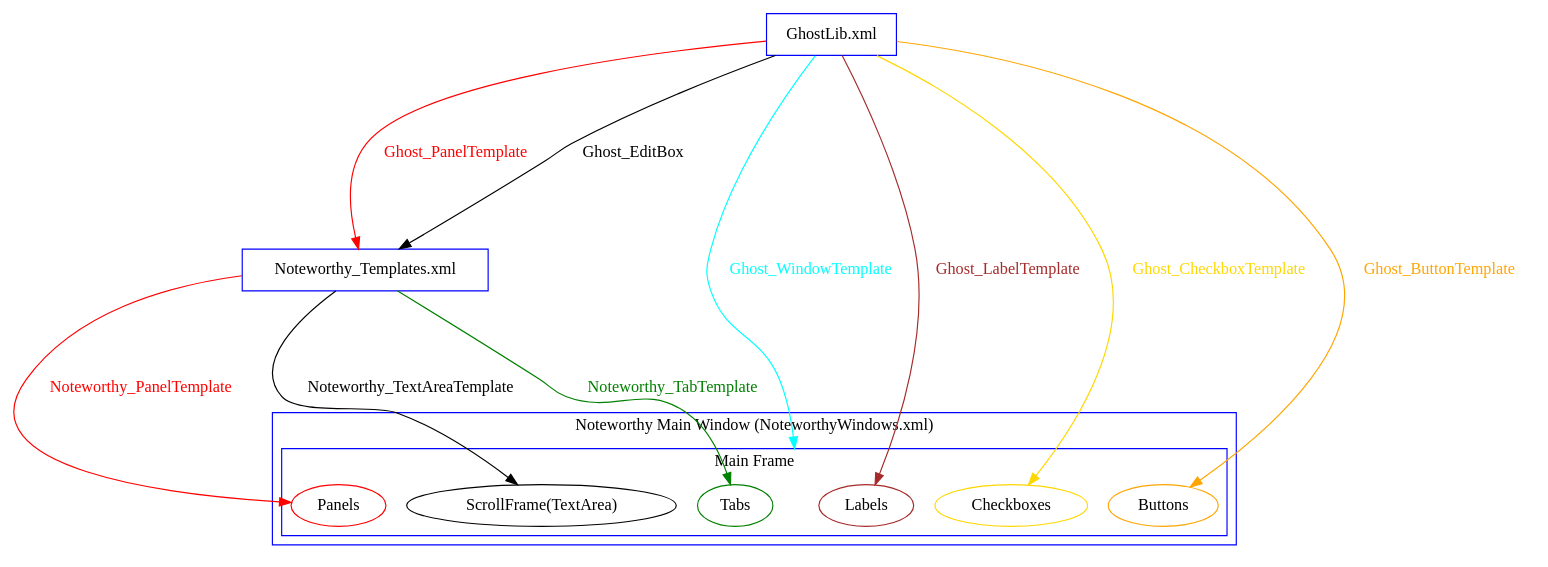
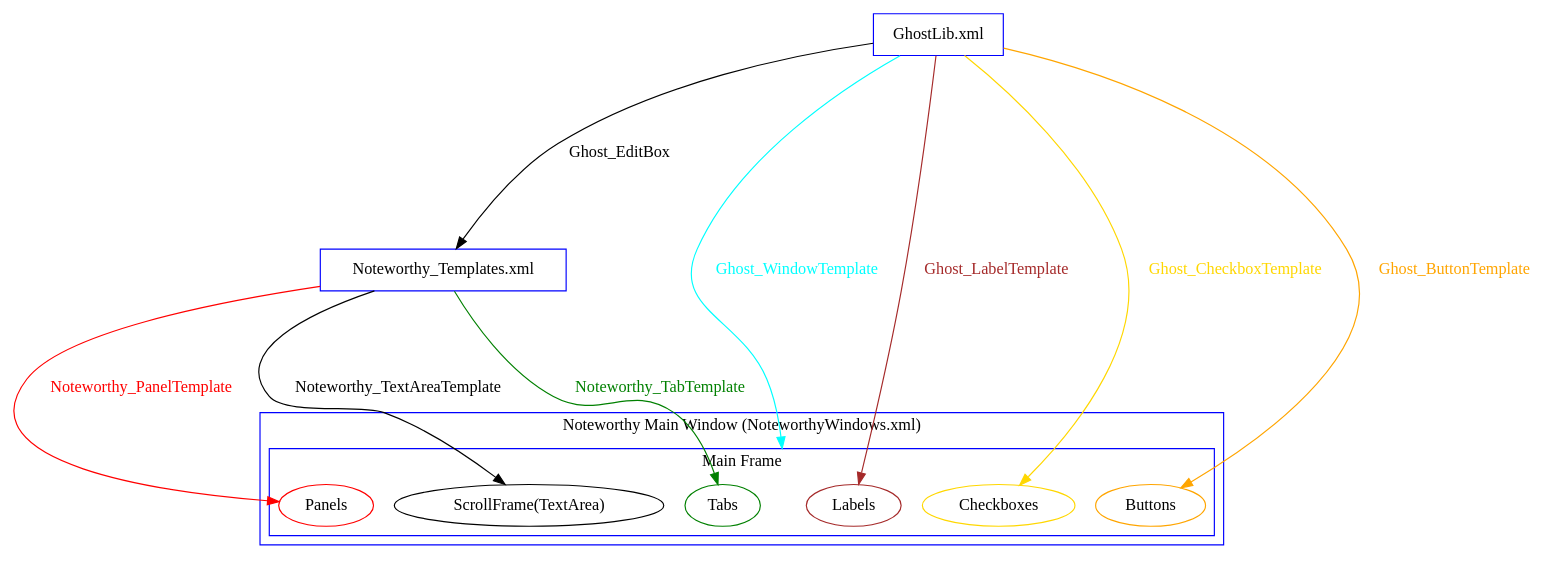
One commit to 28/NoteworthyII changed the diagram in doc/noteworthy-xml-inheritance.dot. Above: the diagram before and after it, drawn with Graphviz. The commit also changed 1 other file, not shown here.

Commit message:
Update dev ingeritance graph since Ghost_PanelTemplate was removed.

```diff
--- a/doc/noteworthy-xml-inheritance.dot
+++ b/doc/noteworthy-xml-inheritance.dot
@@ -1,38 +1,37 @@
 digraph arch {
 	ranksep=2.1
 	rankdir=TB
 	compound=true
 	node[color=blue]
 
 	XML_GL[label="GhostLib.xml", shape=box]
 	XML_T[label="Noteworthy_Templates.xml", shape=box]
 
 	subgraph cluster_main {
 		label="Noteworthy Main Window (NoteworthyWindows.xml)"
 		color=blue
 		node[color=red]
 
 		subgraph cluster_main_frame {
 			label="Main Frame"
 
 			M_F[label="Main frame", color=cyan, style=invis, shape=point]
 			M_L[label="Labels", color=brown]
 			M_P[label="Panels", color=red]
 			M_C[label="Checkboxes", color=gold]
 			M_T[label="ScrollFrame(TextArea)", color=black]
 			M_B[label="Buttons", color=orange]
 			M_TA[label="Tabs", color=green]
 		}
 	}
 
-	XML_GL->XML_T[label="Ghost_PanelTemplate", color=red, fontcolor=red]
 	XML_GL->XML_T[label="Ghost_EditBox", color=black, fontcolor=black]
 
 	XML_GL->M_F[label="Ghost_WindowTemplate", color=cyan, fontcolor=cyan, lhead=cluster_main_frame]
 	XML_GL->M_L[label="Ghost_LabelTemplate", color=brown, fontcolor=brown]
 	XML_T->M_P[label="Noteworthy_PanelTemplate", color=red, fontcolor=red]
 	XML_GL->M_C[label="Ghost_CheckboxTemplate", color=gold, fontcolor=gold]
 	XML_T->M_T[label="Noteworthy_TextAreaTemplate", color=black, fontcolor=black]
 	XML_GL->M_B[label="Ghost_ButtonTemplate", color=orange, fontcolor=orange]
 	XML_T->M_TA[label="Noteworthy_TabTemplate", color=green, fontcolor=green]
 }
```
